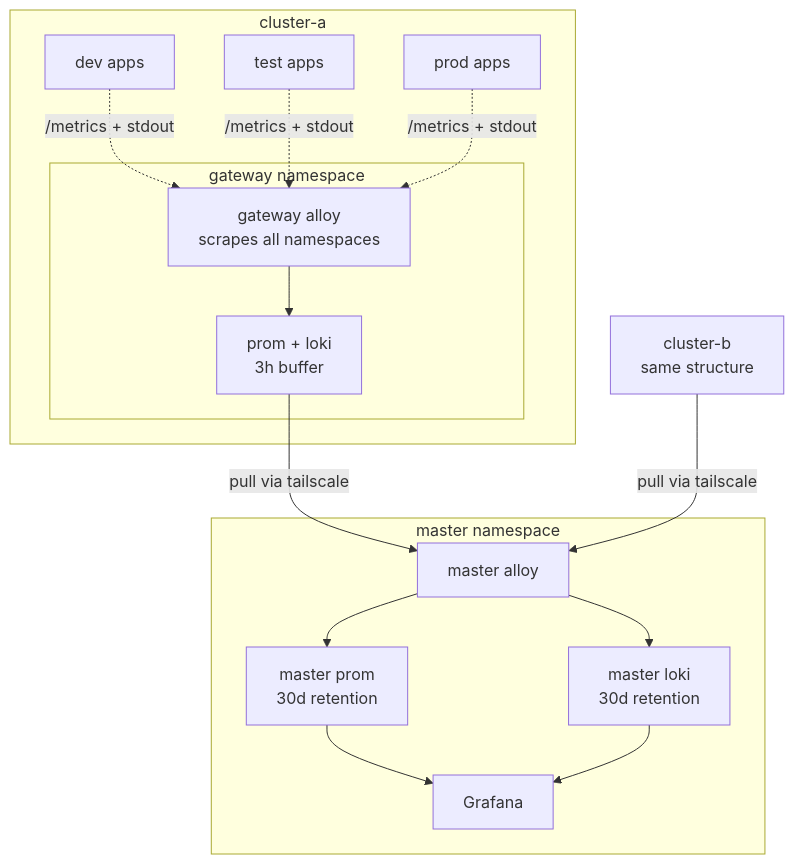
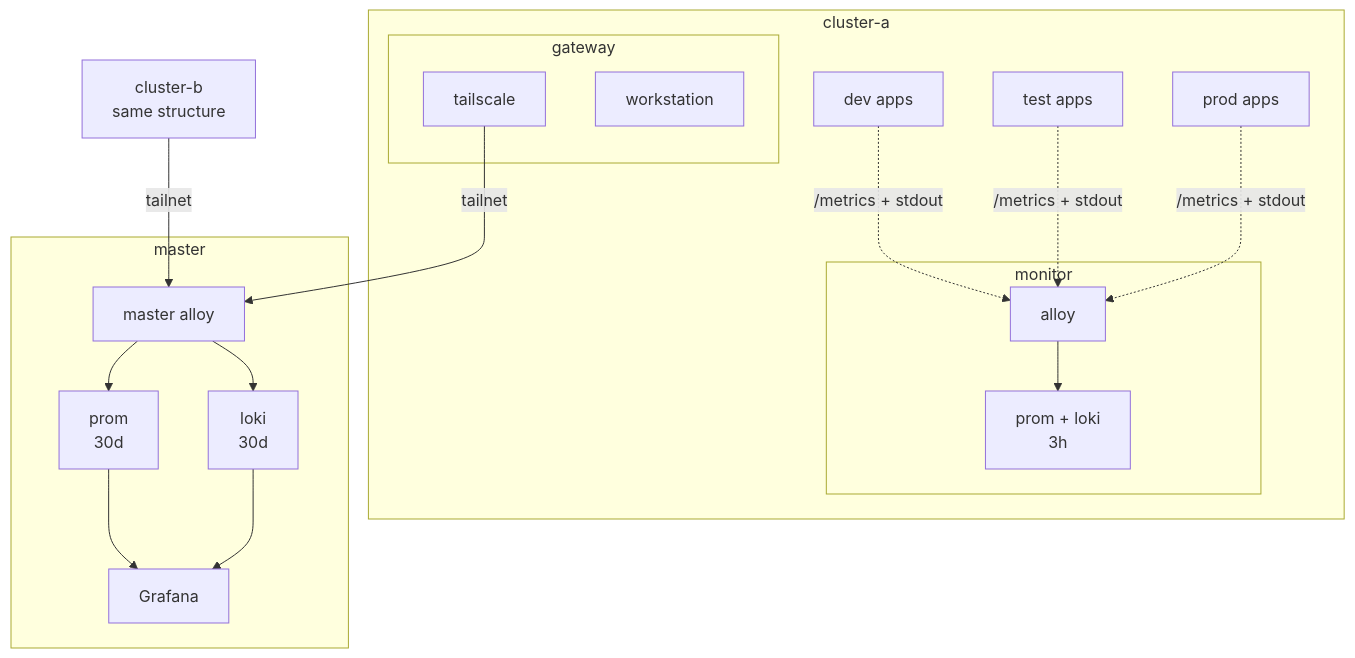
The third of 4 diagrams in docs/infrastructure.md (Kord96/kordinate), drawn with Mermaid before and after one commit. The commit also changed other lines of this file and 13 other files, not shown here.

First line of the commit message:
Split gateway into its own namespace

````diff
--- a/docs/infrastructure.md
+++ b/docs/infrastructure.md
@@ -56,25 +62,28 @@
     ```mermaid
     flowchart TB
         subgraph CA[cluster-a]
             A1[dev apps] & A2[test apps] & A3[prod apps]
 
-            subgraph gw-a[gateway namespace]
-                GA[gateway alloy<br/>scrapes all namespaces] --> PA[prom + loki<br/>3h buffer]
+            subgraph mon-a[monitor]
+                GA[alloy] --> PA[prom + loki<br/>3h]
+            end
+
+            subgraph gw-a[gateway]
+                GWT[tailscale]
+                WS[workstation]
             end
 
             A1 & A2 & A3 -.->|/metrics + stdout| GA
         end
 
-        subgraph M[master namespace]
-            MA[master alloy] --> MP[master prom<br/>30d retention]
-            MA --> ML[master loki<br/>30d retention]
-            MP --> G[Grafana]
-            ML --> G
+        subgraph M[master]
+            MA[master alloy] --> MP[prom<br/>30d] & ML[loki<br/>30d]
+            MP & ML --> G[Grafana]
         end
 
-        PA -->|pull via tailscale| MA
+        GWT -->|tailnet| MA
 
         CB[cluster-b<br/>same structure]
 
-        CB -->|pull via tailscale| MA
+        CB -->|tailnet| MA
     ```
````
